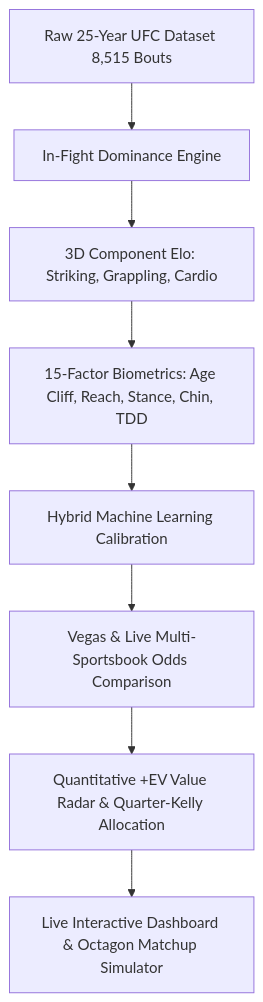
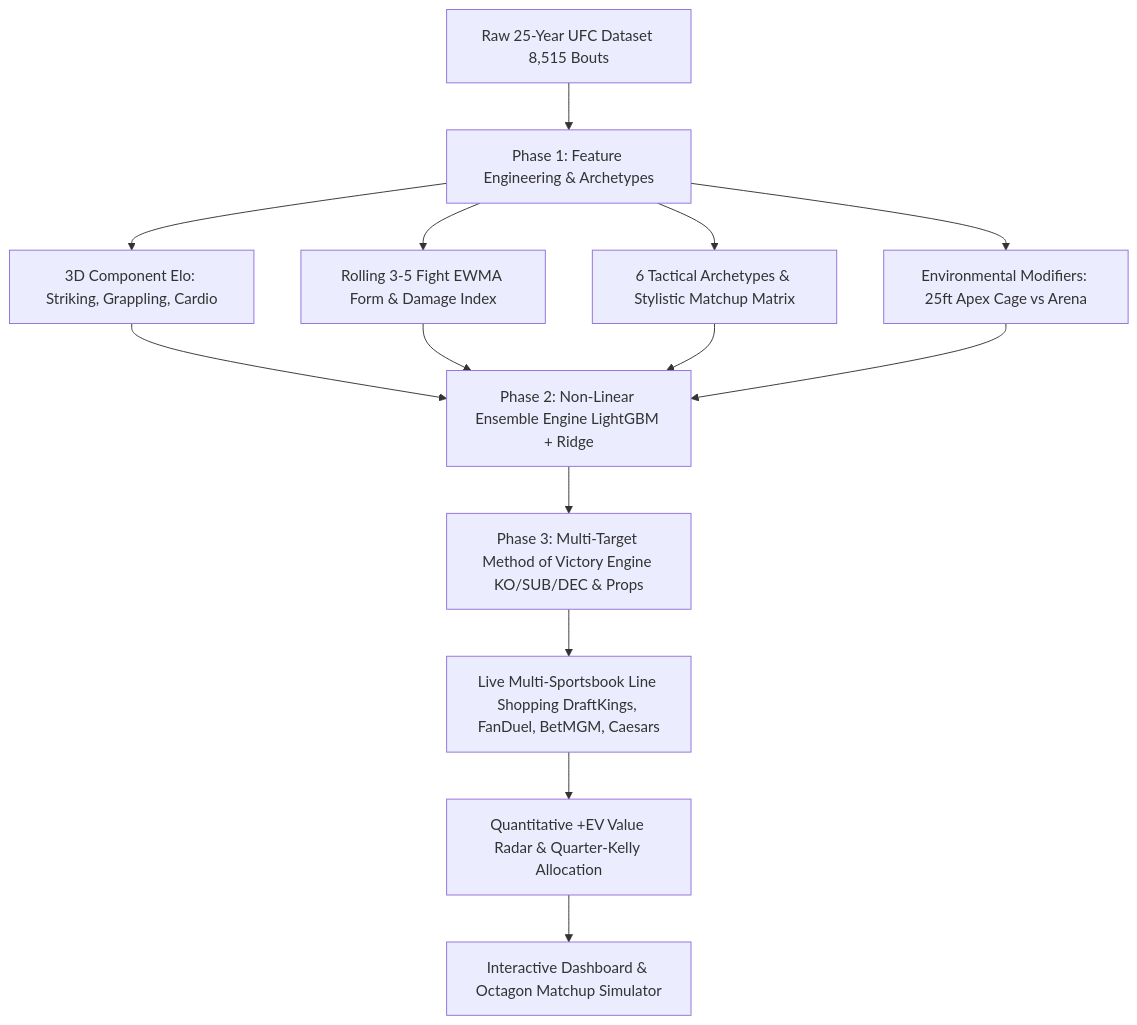
The diagram in README.md (cinarsinandemirci/ufc-elo-system), drawn with Mermaid before and after one commit. The commit also changed other lines of this file and 13 other files, not shown here.

Commit message:
feat: Complete Stage 1-3 Biometric 3D Elo, ML Walk-Forward Calibration, +EV Value Radar, and Multi-Sportsbook Line Shopping

````diff
--- a/README.md
+++ b/README.md
@@ -10,10 +10,13 @@
 ```mermaid
 graph TD
-    A[Raw 25-Year UFC Dataset 8,515 Bouts] --> B[In-Fight Dominance Engine]
+    A[Raw 25-Year UFC Dataset 8,515 Bouts] --> B[Phase 1: Feature Engineering & Archetypes]
     B --> C[3D Component Elo: Striking, Grappling, Cardio]
-    C --> D[15-Factor Biometrics: Age Cliff, Reach, Stance, Chin, TDD]
-    D --> E[Hybrid Machine Learning Calibration]
-    E --> F[Vegas & Live Multi-Sportsbook Odds Comparison]
-    F --> G[Quantitative +EV Value Radar & Quarter-Kelly Allocation]
-    G --> H[Live Interactive Dashboard & Octagon Matchup Simulator]
+    B --> D[Rolling 3-5 Fight EWMA Form & Damage Index]
+    B --> E[6 Tactical Archetypes & Stylistic Matchup Matrix]
+    B --> F[Environmental Modifiers: 25ft Apex Cage vs Arena]
+    C & D & E & F --> G[Phase 2: Non-Linear Ensemble Engine LightGBM + Ridge]
+    G --> H[Phase 3: Multi-Target Method of Victory Engine KO/SUB/DEC & Props]
+    H --> I[Live Multi-Sportsbook Line Shopping DraftKings, FanDuel, BetMGM, Caesars]
+    I --> J[Quantitative +EV Value Radar & Quarter-Kelly Allocation]
+    J --> K[Interactive Dashboard & Octagon Matchup Simulator]
 ```
````
